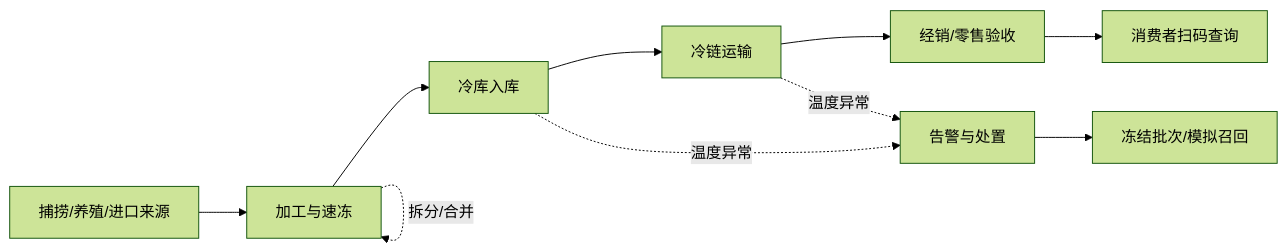
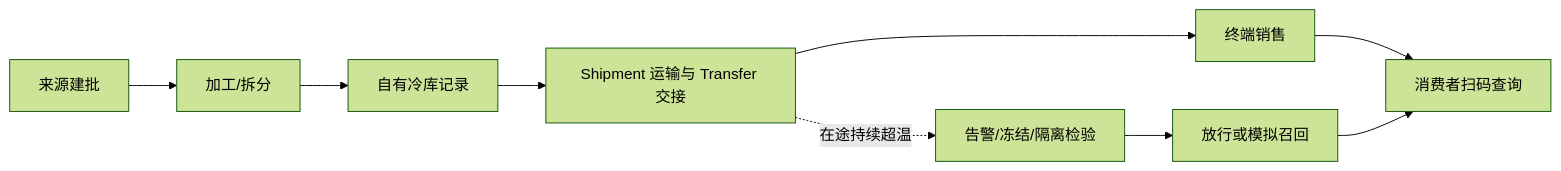
Before and after one commit to zamatewi-cell/frozen-seafood-traceability: the diagram in README.md, drawn with Mermaid (forest theme). The commit also changed other lines of this file, not shown here.

````diff
--- a/README.md
+++ b/README.md
@@ -17,12 +17,11 @@
 ```mermaid
 flowchart LR
-    A[捕捞/养殖/进口来源] --> B[加工与速冻]
-    B --> C[冷库入库]
-    C --> D[冷链运输]
-    D --> E[经销/零售验收]
+    A[来源建批] --> B[加工/拆分]
+    B --> C[自有冷库记录]
+    C --> D[Shipment 运输与 Transfer 交接]
+    D --> E[终端销售]
     E --> F[消费者扫码查询]
-    B -.拆分/合并.-> B
-    C -.温度异常.-> G[告警与处置]
-    D -.温度异常.-> G
-    G --> H[冻结批次/模拟召回]
+    D -.在途持续超温.-> G[告警/冻结/隔离检验]
+    G --> H[放行或模拟召回]
+    H --> F
 ```
````
